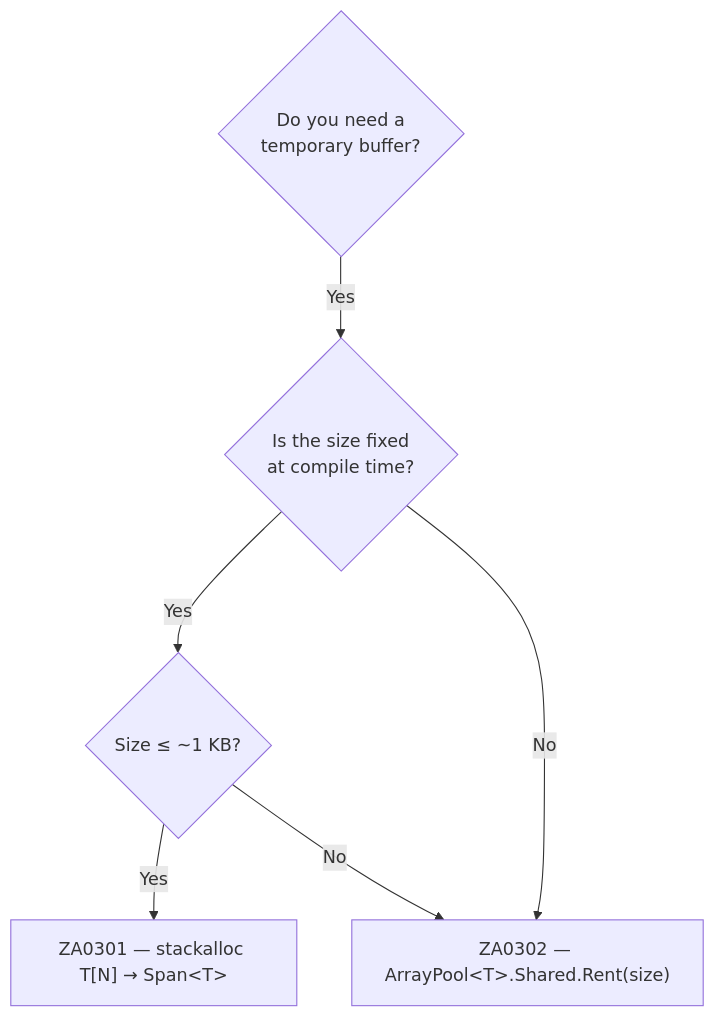
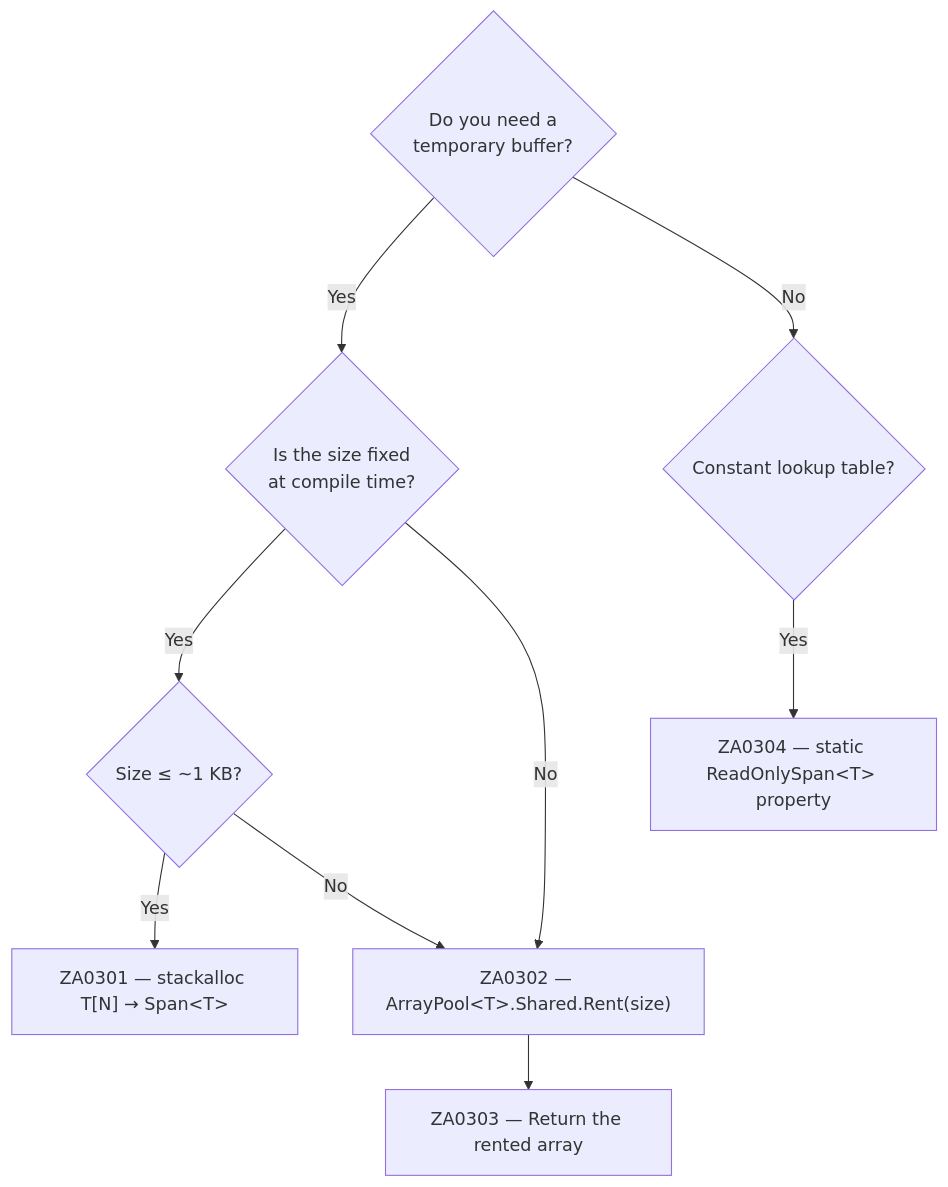
Before and after one commit to ZeroAlloc-Net/ZeroAlloc.Analyzers: the diagram in docs/rules/memory.md, drawn with Mermaid. The commit also changed other lines of this file and 35 other files, not shown here.

````diff
--- a/docs/rules/memory.md
+++ b/docs/rules/memory.md
@@ -13,9 +13,12 @@
 ```mermaid
 flowchart TD
     Q1{Do you need a\ntemporary buffer?}
     Q1 -->|Yes| Q2{Is the size fixed\nat compile time?}
     Q2 -->|Yes| Q3{Size ≤ ~1 KB?}
     Q2 -->|No| Pool["ZA0302 — ArrayPool&lt;T&gt;.Shared.Rent(size)"]
     Q3 -->|Yes| Stack["ZA0301 — stackalloc T[N] → Span&lt;T&gt;"]
     Q3 -->|No| Pool
+    Pool --> Return["ZA0303 — Return the rented array"]
+    Q1 -->|No| Q4{Constant lookup table?}
+    Q4 -->|Yes| Table["ZA0304 — static ReadOnlySpan&lt;T&gt; property"]
 ```
````
